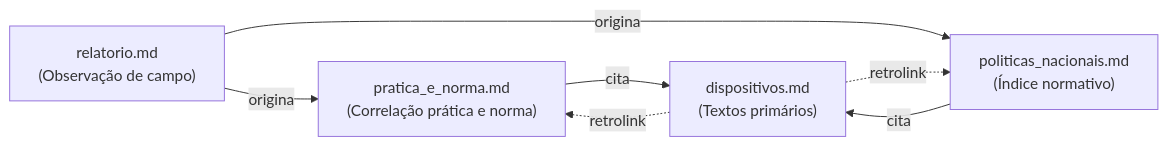
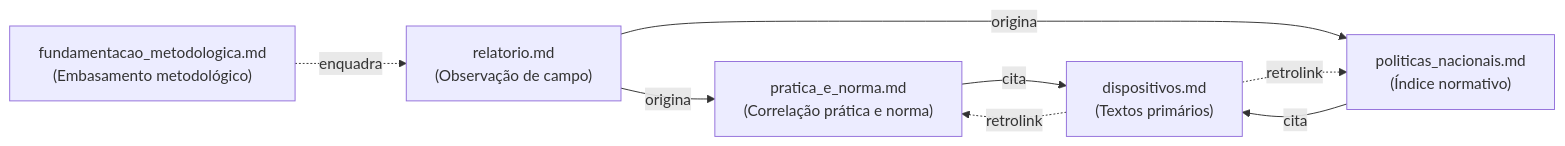
Before and after one commit to engsofjvolfe/PNS_UBS_VISITING: the diagram in README.md, drawn with Mermaid. The commit also changed other lines of this file and 5 other files, not shown here.

````diff
--- a/README.md
+++ b/README.md
@@ -33,14 +33,16 @@
 ```mermaid
 graph LR
     R["relatorio.md\n(Observação de campo)"]
     PN["pratica_e_norma.md\n(Correlação prática e norma)"]
     POL["politicas_nacionais.md\n(Índice normativo)"]
     D["dispositivos.md\n(Textos primários)"]
+    FM["fundamentacao_metodologica.md\n(Embasamento metodológico)"]
 
     R -- origina --> PN
     R -- origina --> POL
     PN -- cita --> D
     POL -- cita --> D
     D -. retrolink .-> PN
     D -. retrolink .-> POL
+    FM -. enquadra .-> R
 ```
````
